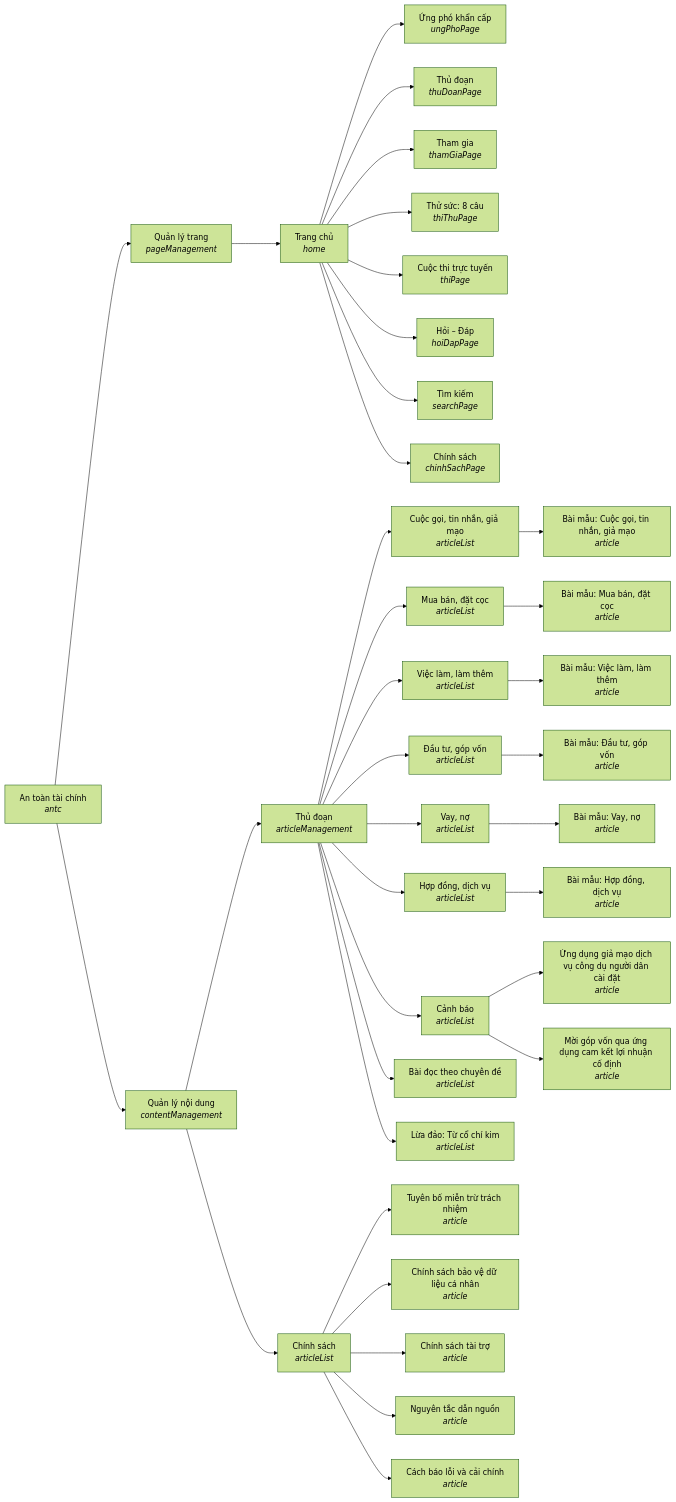
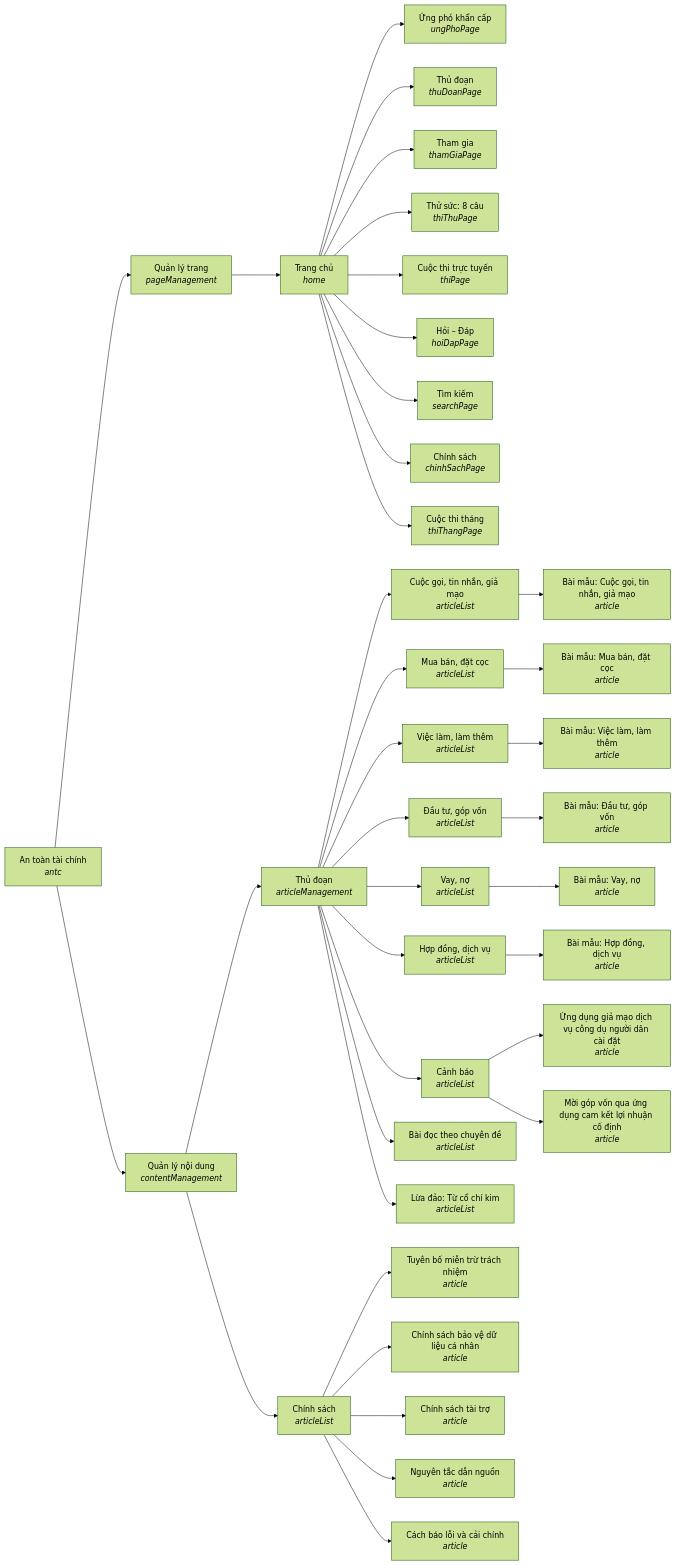
One commit to anhnoname97/antc changed the third of 3 diagrams in docs/so-do/SO-DO.md. Above: the diagram before and after it, drawn with Mermaid (forest theme). The commit also changed other lines of this file and 36 other files, not shown here.

Commit message:
Trang Cuộc thi tháng

````diff
--- a/docs/so-do/SO-DO.md
+++ b/docs/so-do/SO-DO.md
@@ -121,74 +126,76 @@
 ```mermaid
 graph LR
   n068471f0_605e_57ee_b164_547aee46bc79["An toàn tài chính<br/><i>antc</i>"]
   n437e3947_4f08_52e1_baee_75907a540fac["Quản lý trang<br/><i>pageManagement</i>"]
   nd660b5ab_7cd1_48b5_b6e1_1ab56b8218cd["Trang chủ<br/><i>home</i>"]
   n56e74727_59ec_4225_b2ce_ce853ad893ca["Ứng phó khẩn cấp<br/><i>ungPhoPage</i>"]
   nd660b5ab_7cd1_48b5_b6e1_1ab56b8218cd --> n56e74727_59ec_4225_b2ce_ce853ad893ca
   n9ba61825_fa98_4e40_b442_772096d614f8["Thủ đoạn<br/><i>thuDoanPage</i>"]
   nd660b5ab_7cd1_48b5_b6e1_1ab56b8218cd --> n9ba61825_fa98_4e40_b442_772096d614f8
   nb94dab90_8dee_4ff4_b934_c1fb7f723c61["Tham gia<br/><i>thamGiaPage</i>"]
   nd660b5ab_7cd1_48b5_b6e1_1ab56b8218cd --> nb94dab90_8dee_4ff4_b934_c1fb7f723c61
   n6661be33_d417_4400_8828_952da9908c86["Thử sức: 8 câu<br/><i>thiThuPage</i>"]
   nd660b5ab_7cd1_48b5_b6e1_1ab56b8218cd --> n6661be33_d417_4400_8828_952da9908c86
   n88abf9ef_fb93_45c5_9cff_4aa76ca6f250["Cuộc thi trực tuyến<br/><i>thiPage</i>"]
   nd660b5ab_7cd1_48b5_b6e1_1ab56b8218cd --> n88abf9ef_fb93_45c5_9cff_4aa76ca6f250
   nb3ce7bf1_aa24_4acf_9bfd_8cd02d8f784e["Hỏi – Đáp<br/><i>hoiDapPage</i>"]
   nd660b5ab_7cd1_48b5_b6e1_1ab56b8218cd --> nb3ce7bf1_aa24_4acf_9bfd_8cd02d8f784e
   n56fa7c6b_f4e1_44be_8200_ec8be7404349["Tìm kiếm<br/><i>searchPage</i>"]
   nd660b5ab_7cd1_48b5_b6e1_1ab56b8218cd --> n56fa7c6b_f4e1_44be_8200_ec8be7404349
   ndc0bff3b_10be_53d5_87dc_d23ea675fd94["Chính sách<br/><i>chinhSachPage</i>"]
   nd660b5ab_7cd1_48b5_b6e1_1ab56b8218cd --> ndc0bff3b_10be_53d5_87dc_d23ea675fd94
+  n3ef975f7_186f_5a25_9e0a_dfe100d471d8["Cuộc thi tháng<br/><i>thiThangPage</i>"]
+  nd660b5ab_7cd1_48b5_b6e1_1ab56b8218cd --> n3ef975f7_186f_5a25_9e0a_dfe100d471d8
   n437e3947_4f08_52e1_baee_75907a540fac --> nd660b5ab_7cd1_48b5_b6e1_1ab56b8218cd
   n068471f0_605e_57ee_b164_547aee46bc79 --> n437e3947_4f08_52e1_baee_75907a540fac
   n5a1e0af5_bbf2_54ed_a359_bc4716736ea5["Quản lý nội dung<br/><i>contentManagement</i>"]
   n33df5aae_5658_5ea1_8b01_500630acfd60["Thủ đoạn<br/><i>articleManagement</i>"]
   nf9386cdc_74f6_4893_acc8_eba3162cc7c0["Cuộc gọi, tin nhắn, giả mạo<br/><i>articleList</i>"]
   n90ab7780_e72b_4d53_ae5a_147dfb353e03["Bài mẫu: Cuộc gọi, tin nhắn, giả mạo<br/><i>article</i>"]
   nf9386cdc_74f6_4893_acc8_eba3162cc7c0 --> n90ab7780_e72b_4d53_ae5a_147dfb353e03
   n33df5aae_5658_5ea1_8b01_500630acfd60 --> nf9386cdc_74f6_4893_acc8_eba3162cc7c0
   nfd38232c_0847_4379_9ccb_aba5ee852401["Mua bán, đặt cọc<br/><i>articleList</i>"]
   nd8e9bb9f_9494_4ec1_bfb1_8b862a2ddf84["Bài mẫu: Mua bán, đặt cọc<br/><i>article</i>"]
   nfd38232c_0847_4379_9ccb_aba5ee852401 --> nd8e9bb9f_9494_4ec1_bfb1_8b862a2ddf84
   n33df5aae_5658_5ea1_8b01_500630acfd60 --> nfd38232c_0847_4379_9ccb_aba5ee852401
   n9404a4c7_3fa8_4791_9c9e_dd677f5f3d49["Việc làm, làm thêm<br/><i>articleList</i>"]
   nadbb6788_1e56_411e_a493_aa42e457fc63["Bài mẫu: Việc làm, làm thêm<br/><i>article</i>"]
   n9404a4c7_3fa8_4791_9c9e_dd677f5f3d49 --> nadbb6788_1e56_411e_a493_aa42e457fc63
   n33df5aae_5658_5ea1_8b01_500630acfd60 --> n9404a4c7_3fa8_4791_9c9e_dd677f5f3d49
   n928d8fe6_a83a_425c_a71e_419e28d0d3c3["Đầu tư, góp vốn<br/><i>articleList</i>"]
   nba05466b_4f4e_4a74_9d1c_db6d35b27cf3["Bài mẫu: Đầu tư, góp vốn<br/><i>article</i>"]
   n928d8fe6_a83a_425c_a71e_419e28d0d3c3 --> nba05466b_4f4e_4a74_9d1c_db6d35b27cf3
   n33df5aae_5658_5ea1_8b01_500630acfd60 --> n928d8fe6_a83a_425c_a71e_419e28d0d3c3
   n0400f699_d1d5_4ad1_8b76_91722ba48a77["Vay, nợ<br/><i>articleList</i>"]
   n1c05cd5b_9cb3_42ab_8992_18308d3e0332["Bài mẫu: Vay, nợ<br/><i>article</i>"]
   n0400f699_d1d5_4ad1_8b76_91722ba48a77 --> n1c05cd5b_9cb3_42ab_8992_18308d3e0332
   n33df5aae_5658_5ea1_8b01_500630acfd60 --> n0400f699_d1d5_4ad1_8b76_91722ba48a77
   ncbcea9dd_b92a_4d94_9d43_0487077fe916["Hợp đồng, dịch vụ<br/><i>articleList</i>"]
   naf76aeed_93a0_4872_8d27_8f8a4ee64657["Bài mẫu: Hợp đồng, dịch vụ<br/><i>article</i>"]
   ncbcea9dd_b92a_4d94_9d43_0487077fe916 --> naf76aeed_93a0_4872_8d27_8f8a4ee64657
   n33df5aae_5658_5ea1_8b01_500630acfd60 --> ncbcea9dd_b92a_4d94_9d43_0487077fe916
   ncda7084d_12ac_4edf_bbd9_94b53d78cecc["Cảnh báo<br/><i>articleList</i>"]
   n3efa48cc_59f6_4dcf_afc8_ac76442f4135["Ứng dụng giả mạo dịch vụ công dụ người dân cài đặt<br/><i>article</i>"]
   ncda7084d_12ac_4edf_bbd9_94b53d78cecc --> n3efa48cc_59f6_4dcf_afc8_ac76442f4135
   nc2d699ab_57b1_4ded_b55e_5a02c178a556["Mời góp vốn qua ứng dụng cam kết lợi nhuận cố định<br/><i>article</i>"]
   ncda7084d_12ac_4edf_bbd9_94b53d78cecc --> nc2d699ab_57b1_4ded_b55e_5a02c178a556
   n33df5aae_5658_5ea1_8b01_500630acfd60 --> ncda7084d_12ac_4edf_bbd9_94b53d78cecc
   ne2aa83a7_8e13_436b_9569_8de11c44ce4d["Bài đọc theo chuyên đề<br/><i>articleList</i>"]
   n33df5aae_5658_5ea1_8b01_500630acfd60 --> ne2aa83a7_8e13_436b_9569_8de11c44ce4d
   n3ca68856_dc5b_4335_af7d_42addb4e4db6["Lừa đảo: Từ cổ chí kim<br/><i>articleList</i>"]
   n33df5aae_5658_5ea1_8b01_500630acfd60 --> n3ca68856_dc5b_4335_af7d_42addb4e4db6
   n5a1e0af5_bbf2_54ed_a359_bc4716736ea5 --> n33df5aae_5658_5ea1_8b01_500630acfd60
   n2de3a8b9_e4b6_4348_9321_9b979aa1f398["Chính sách<br/><i>articleList</i>"]
   n0193cd20_026f_4a33_8f04_b5bf5fc3c0fc["Tuyên bố miễn trừ trách nhiệm<br/><i>article</i>"]
   n2de3a8b9_e4b6_4348_9321_9b979aa1f398 --> n0193cd20_026f_4a33_8f04_b5bf5fc3c0fc
   n66d90202_dc1e_4396_bed0_4d7c02305283["Chính sách bảo vệ dữ liệu cá nhân<br/><i>article</i>"]
   n2de3a8b9_e4b6_4348_9321_9b979aa1f398 --> n66d90202_dc1e_4396_bed0_4d7c02305283
   n6eed8736_db48_4151_bb71_0fac9635d1aa["Chính sách tài trợ<br/><i>article</i>"]
   n2de3a8b9_e4b6_4348_9321_9b979aa1f398 --> n6eed8736_db48_4151_bb71_0fac9635d1aa
   n1767e333_7dc2_486a_a48b_23b1cbdc86ac["Nguyên tắc dẫn nguồn<br/><i>article</i>"]
   n2de3a8b9_e4b6_4348_9321_9b979aa1f398 --> n1767e333_7dc2_486a_a48b_23b1cbdc86ac
   n7a2fe7ec_f999_46e2_9029_db9943057404["Cách báo lỗi và cải chính<br/><i>article</i>"]
   n2de3a8b9_e4b6_4348_9321_9b979aa1f398 --> n7a2fe7ec_f999_46e2_9029_db9943057404
   n5a1e0af5_bbf2_54ed_a359_bc4716736ea5 --> n2de3a8b9_e4b6_4348_9321_9b979aa1f398
   n068471f0_605e_57ee_b164_547aee46bc79 --> n5a1e0af5_bbf2_54ed_a359_bc4716736ea5
 ```
````
